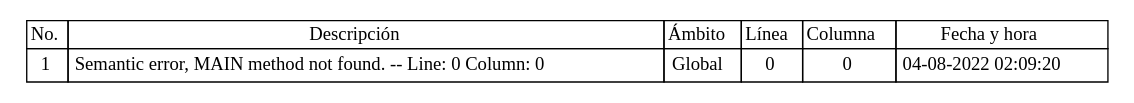
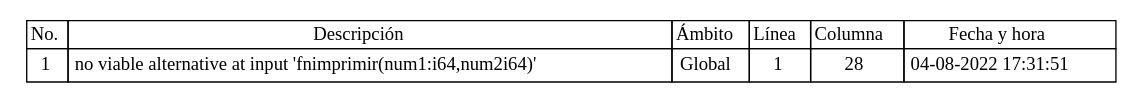
Before and after one commit to Jodyannre/COMPI2_proyecto2_2022: the diagram in Back/Web/tablas/tablaErrores.dot, drawn with Graphviz. The commit also changed 11 other files, not shown here.

```diff
--- a/Back/Web/tablas/tablaErrores.dot
+++ b/Back/Web/tablas/tablaErrores.dot
@@ -1,36 +1,36 @@
 
 	digraph {
 		tablaSimbolos [
 		  shape=plaintext
 		  label=<
 			<table border='0' cellborder='1' color='black' cellspacing='0'>
 			  <tr>
 				  <td>No.</td>
 				  <td>Descripción</td>
 				  <td>Ámbito</td>
 				  <td>Línea</td>
 				  <td>Columna</td>
 				  <td>Fecha y hora</td>
 			  </tr>
 	
 <tr>
 <td cellpadding='4'>
 1
 </td>
-<td cellpadding='4'>Semantic error, MAIN method not found. -- Line: 0 Column: 0
+<td cellpadding='4'>no viable alternative at input 'fnimprimir(num1:i64,num2i64)'
 </td>
 <td cellpadding='4'>Global
 </td>
-<td cellpadding='4'>0
+<td cellpadding='4'>1
 </td>
 <td cellpadding='4'>
-0
+28
 </td>
 <td cellpadding='4'>
-04-08-2022 02:09:20
+04-08-2022 17:31:51
 </td>
 </tr>
 
 		</table>
 		>];
 	}
```
